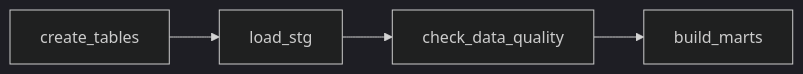
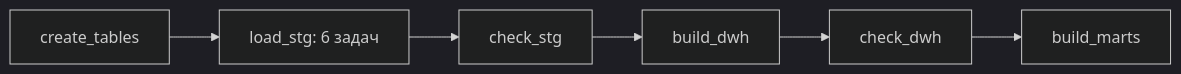
Before and after one commit to izhdenevav/olist-etl-airflow: the second of 3 diagrams in README.md, drawn with Mermaid (dark theme). The commit also changed other lines of this file and 4 other files, not shown here.

````diff
--- a/README.md
+++ b/README.md
@@ -7,6 +22,8 @@
 ```mermaid
 flowchart LR
-    A[create_tables] --> B[load_stg]
-    B --> C[check_data_quality]
-    C --> D[build_marts]
+    A[create_tables] --> B[load_stg: 6 задач]
+    B --> C[check_stg]
+    C --> D[build_dwh]
+    D --> E[check_dwh]
+    E --> F[build_marts]
 ```
````
